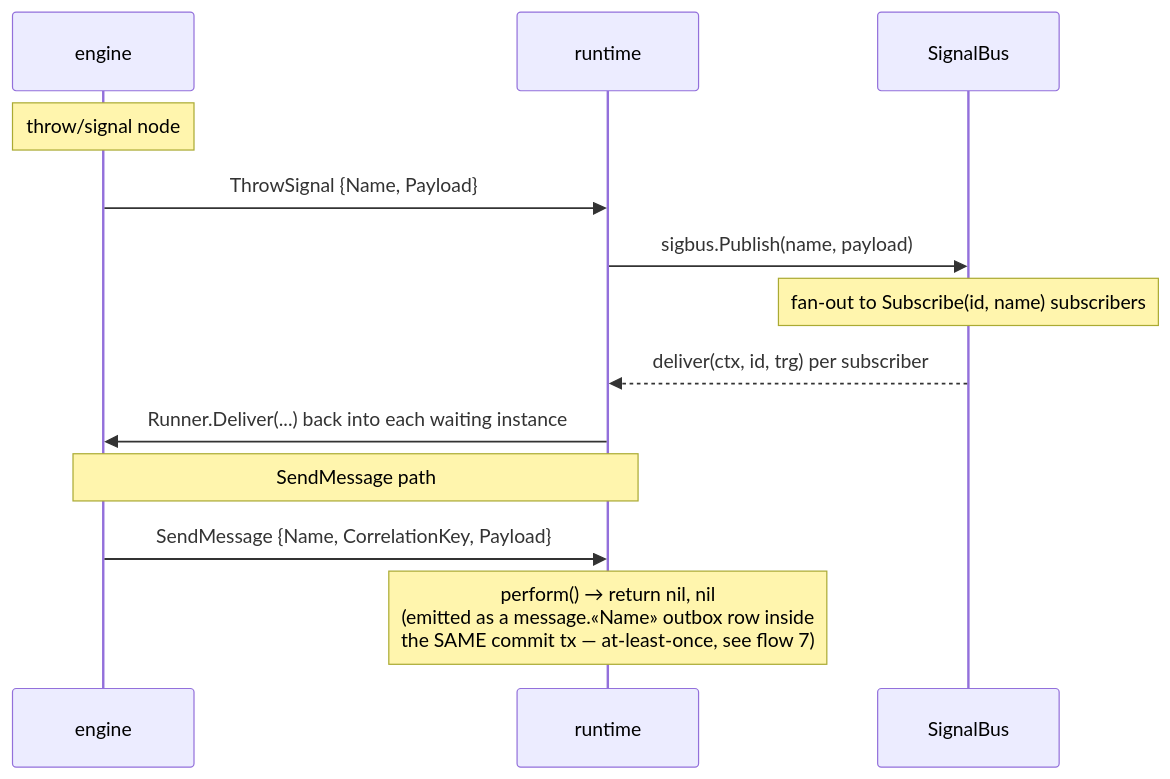
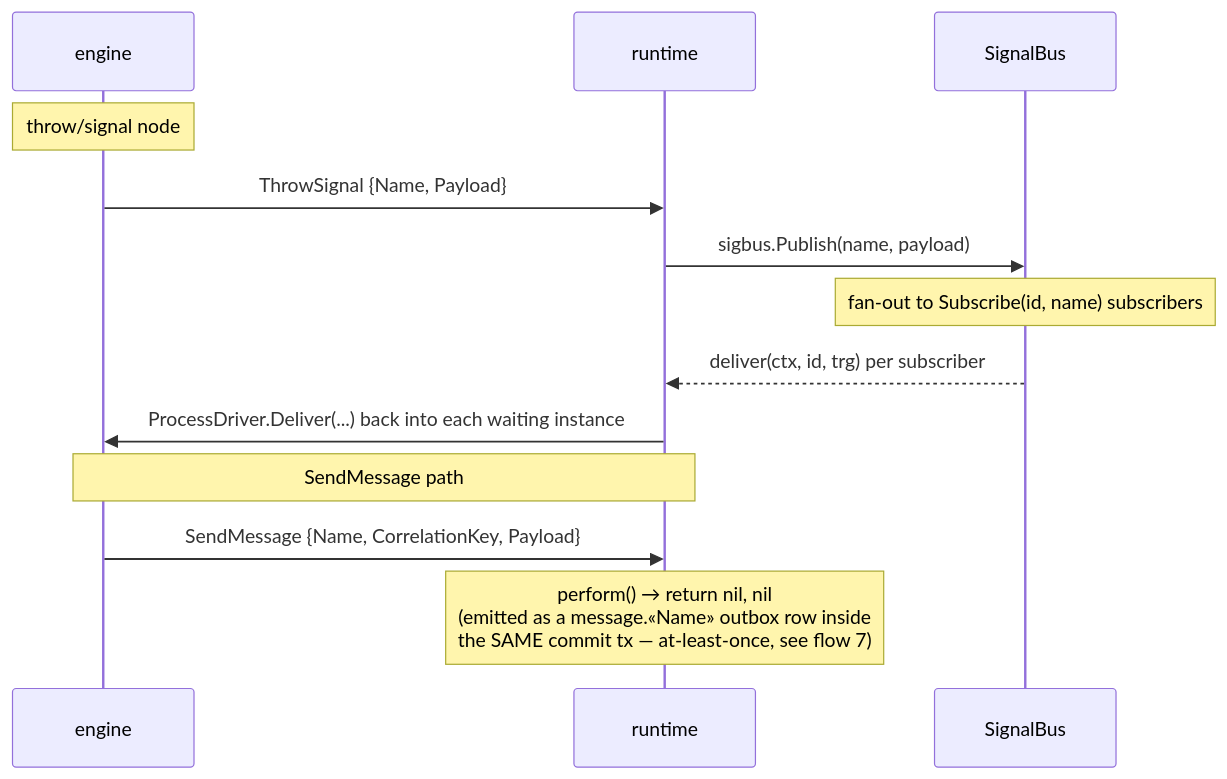
The fifth of 9 diagrams in INTERACTIONS.md (kartaladev/wrkflw), drawn with Mermaid before and after one commit. The commit also changed other lines of this file and 40 other files, not shown here.

````diff
--- a/INTERACTIONS.md
+++ b/INTERACTIONS.md
@@ -226,17 +226,17 @@
 ```mermaid
 sequenceDiagram
     participant E as engine
     participant R as runtime
     participant SB as SignalBus
 
     Note over E: throw/signal node
     E->>R: ThrowSignal {Name, Payload}
     R->>SB: sigbus.Publish(name, payload)
     Note over SB: fan-out to Subscribe(id, name) subscribers
     SB-->>R: deliver(ctx, id, trg) per subscriber
-    R->>E: Runner.Deliver(...) back into each waiting instance
+    R->>E: ProcessDriver.Deliver(...) back into each waiting instance
 
     Note over E,R: SendMessage path
     E->>R: SendMessage {Name, CorrelationKey, Payload}
     Note over R: perform() → return nil, nil<br/>(emitted as a message.«Name» outbox row inside<br/>the SAME commit tx — at-least-once, see flow 7)
 ```
````
